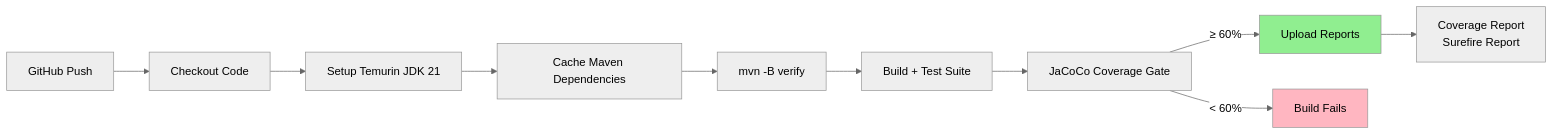
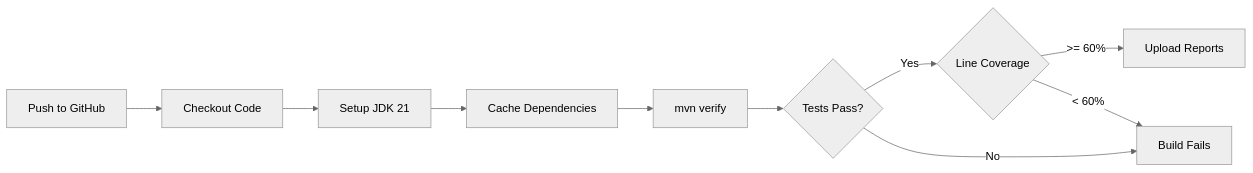
The seventh of 7 diagrams in README.md (zahid397/formwork-channel-sms-production-review), drawn with Mermaid (neutral theme) before and after one commit. The commit also changed other lines of this file, not shown here.

````diff
--- a/README.md
+++ b/README.md
@@ -561,15 +436,12 @@
 ```mermaid
 graph LR
-    A[GitHub Push] --> B[Checkout Code]
-    B --> C[Setup Temurin JDK 21]
-    C --> D[Cache Maven Dependencies]
-    D --> E[mvn -B verify]
-    E --> F[Build + Test Suite]
-    F --> G[JaCoCo Coverage Gate]
-    G -->|≥ 60%| H[Upload Reports]
-    G -->|< 60%| I[Build Fails]
-    H --> J[Coverage Report<br/>Surefire Report]
-    
-    style H fill:#90EE90
-    style I fill:#FFB6C1
+    A[Push to GitHub] --> B[Checkout Code]
+    B --> C[Setup JDK 21]
+    C --> D[Cache Dependencies]
+    D --> E[mvn verify]
+    E --> F{Tests Pass?}
+    F -->|Yes| G{Line Coverage}
+    F -->|No| H[Build Fails]
+    G -->|>= 60%| I[Upload Reports]
+    G -->|< 60%| H
 ```
````
